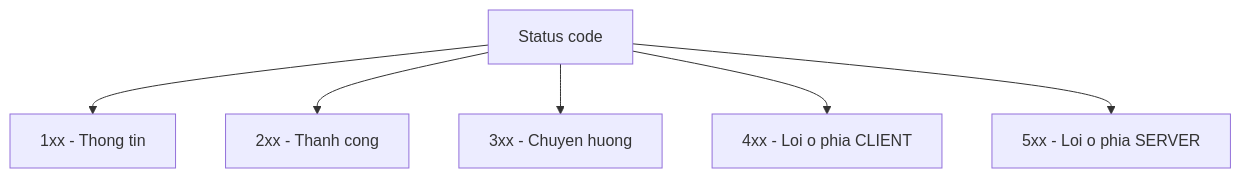
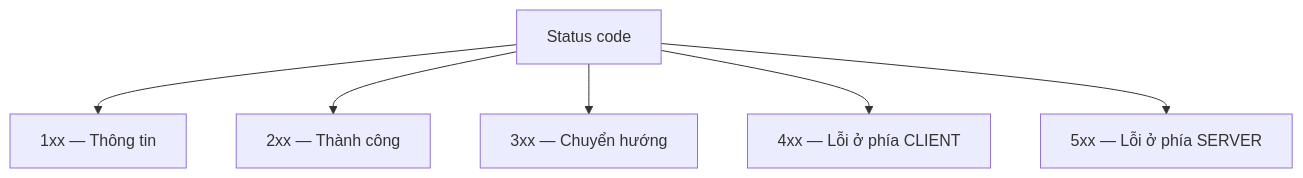
One commit to TienNHM/tiennhm.github.io changed the diagram in docs/09-dotnet-backend-zero-to-senior/stage-01-foundation/module-02-computer-science-basics/2.4-http-https.mdx. Above: the diagram before and after it, drawn with Mermaid. The commit also changed 10 other files, not shown here.

````diff
--- a/docs/09-dotnet-backend-zero-to-senior/stage-01-foundation/module-02-computer-science-basics/2.4-http-https.mdx
+++ b/docs/09-dotnet-backend-zero-to-senior/stage-01-foundation/module-02-computer-science-basics/2.4-http-https.mdx
@@ -76,8 +76,8 @@
 ```mermaid
 flowchart TD
-    A[Status code] --> B[1xx - Thong tin]
-    A --> C[2xx - Thanh cong]
-    A --> D[3xx - Chuyen huong]
-    A --> E[4xx - Loi o phia CLIENT]
-    A --> F[5xx - Loi o phia SERVER]
+    A[Status code] --> B[1xx — Thông tin]
+    A --> C[2xx — Thành công]
+    A --> D[3xx — Chuyển hướng]
+    A --> E[4xx — Lỗi ở phía CLIENT]
+    A --> F[5xx — Lỗi ở phía SERVER]
 ```
````
